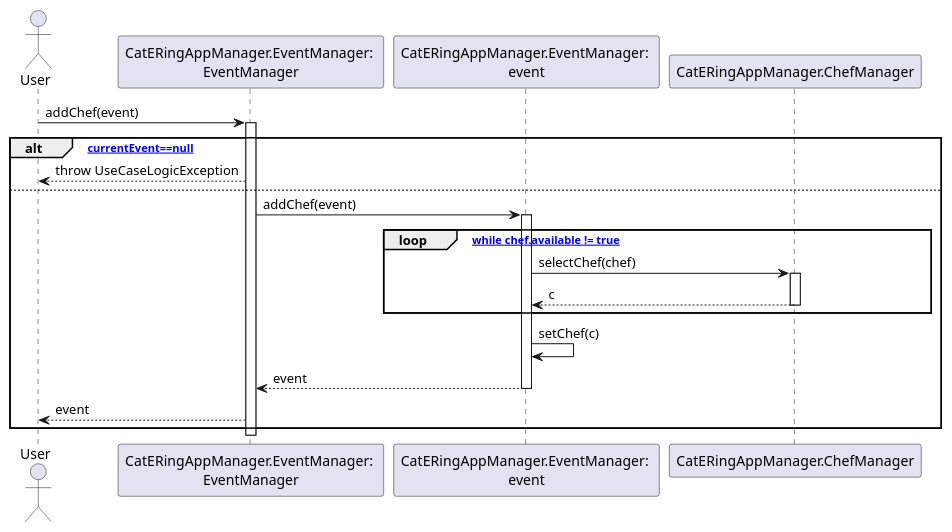
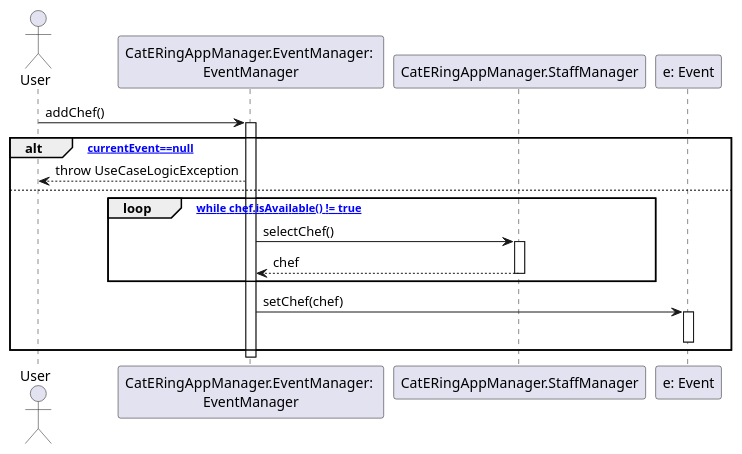
The diagram in dsd/dsd-eventi/scenarioPrincipale/3-assignChef.md (m0canu1/sas), drawn with PlantUML before and after one commit. The commit also changed 6 other files, not shown here.

````diff
--- a/dsd/dsd-eventi/scenarioPrincipale/3-assignChef.md
+++ b/dsd/dsd-eventi/scenarioPrincipale/3-assignChef.md
@@ -1,29 +1,24 @@
 ```plantuml
 Actor User
 Participant "CatERingAppManager.EventManager: \nEventManager" as EM
-Participant "CatERingAppManager.EventManager: \nevent" as E
-Participant "CatERingAppManager.ChefManager" as CM
+Participant "CatERingAppManager.StaffManager" as SM
+Participant "e: Event" as E
 
-User -> EM: addChef(event) 
+User -> EM: addChef() 
 Activate EM
 alt [currentEvent==null]
     EM --> User: throw UseCaseLogicException
 else
-    EM -> E: addChef(event)
+    loop ["while chef.isAvailable() != true"]
+        EM -> SM: selectChef()
+        Activate SM
+        SM --> EM: chef
+        Deactivate SM
+    end
+    EM -> E: setChef(chef)
     Activate E
-    loop ["while chef.available != true"]
-        E -> CM: selectChef(chef)
-        Activate CM
-
-        CM --> E: c
-        Deactivate CM
-    end
-    E -> E: setChef(c)
-
-    E --> EM: event
     Deactivate E
-    EM --> User: event
 end
 Deactivate EM
 
 ```
````
